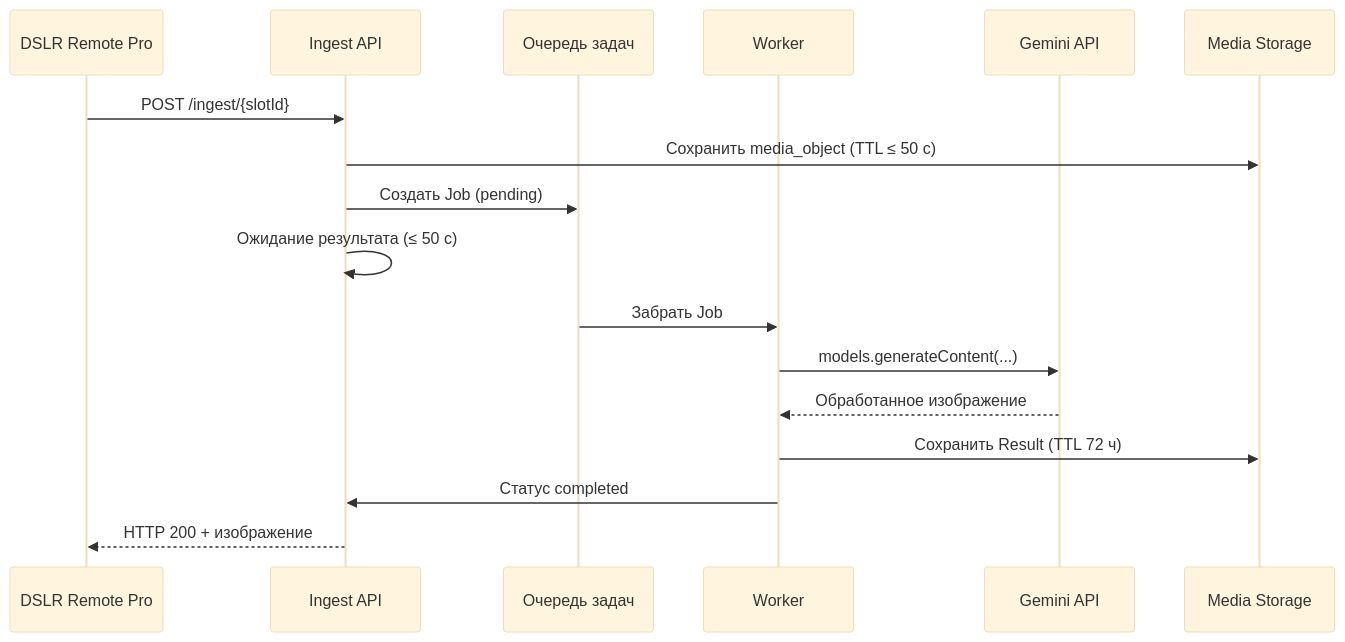
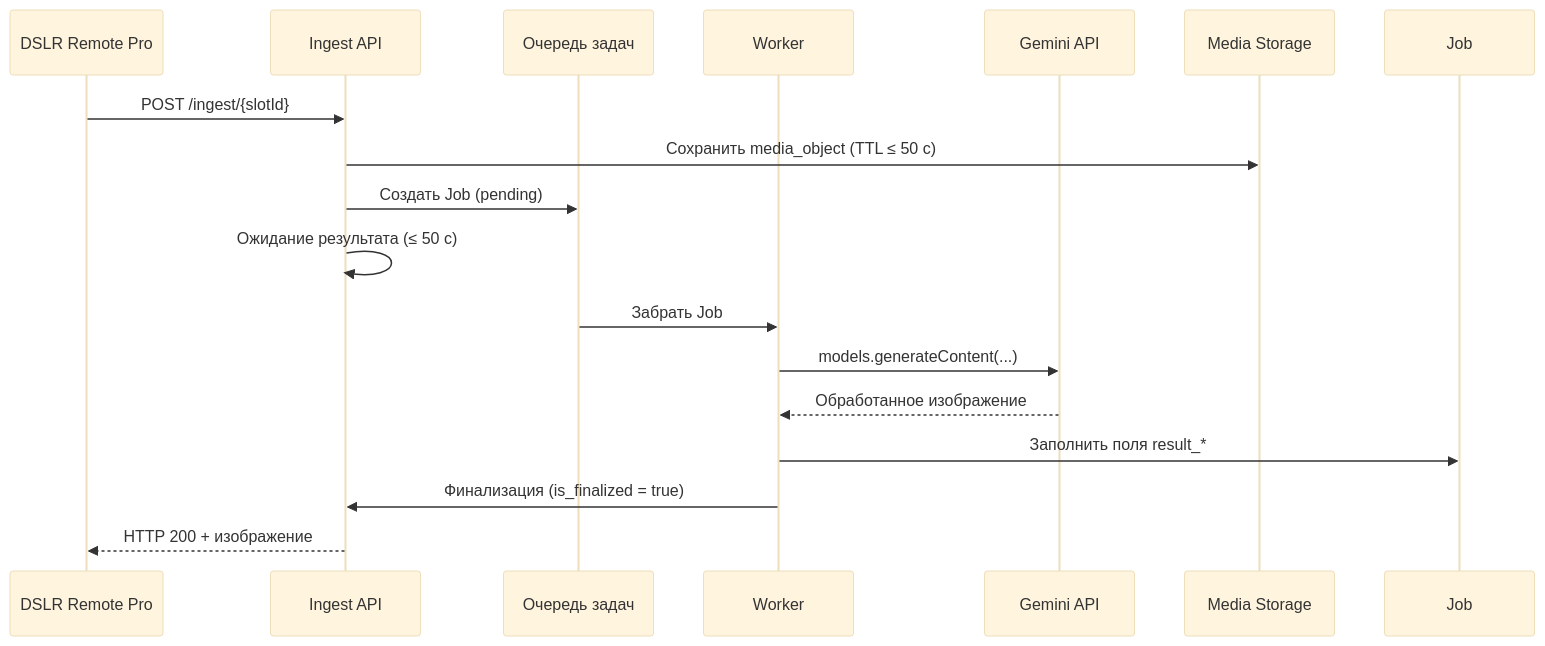
Before and after one commit to nicelight/PhotoChanger_25: the first of 2 diagrams in spec/docs/blueprints/use-cases.md, drawn with Mermaid (base theme). The commit also changed other lines of this file and 13 other files, not shown here.

Commit message:
Simplify Job result handling for MVP

````diff
--- a/spec/docs/blueprints/use-cases.md
+++ b/spec/docs/blueprints/use-cases.md
@@ -29,20 +29,20 @@
 ```mermaid
 sequenceDiagram
     participant DSLR as DSLR Remote Pro
     participant API as Ingest API
     participant Queue as Очередь задач
     participant Worker as Worker
     participant Gemini as Gemini API
     participant Storage as Media Storage
 
     DSLR->>API: POST /ingest/{slotId}
     API->>Storage: Сохранить media_object (TTL ≤ 50 c)
     API->>Queue: Создать Job (pending)
     API->>API: Ожидание результата (≤ 50 c)
     Queue->>Worker: Забрать Job
     Worker->>Gemini: models.generateContent(...)
     Gemini-->>Worker: Обработанное изображение
-    Worker->>Storage: Сохранить Result (TTL 72 ч)
-    Worker->>API: Статус completed
+    Worker->>Job: Заполнить поля result_*
+    Worker->>API: Финализация (is_finalized = true)
     API-->>DSLR: HTTP 200 + изображение
 ```
````
